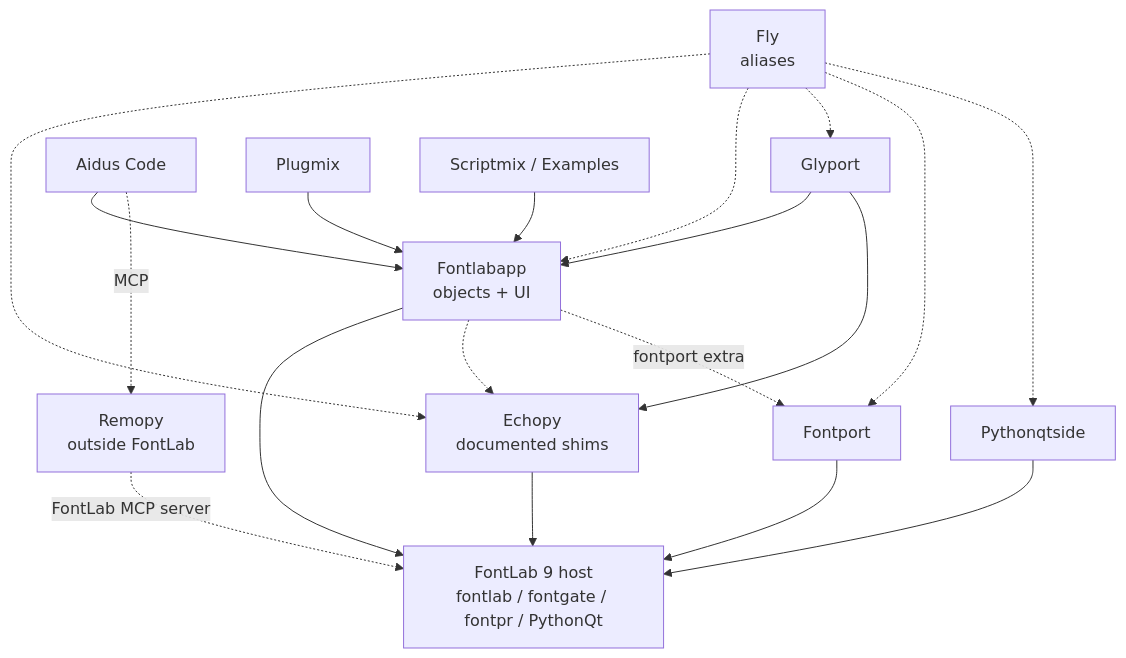
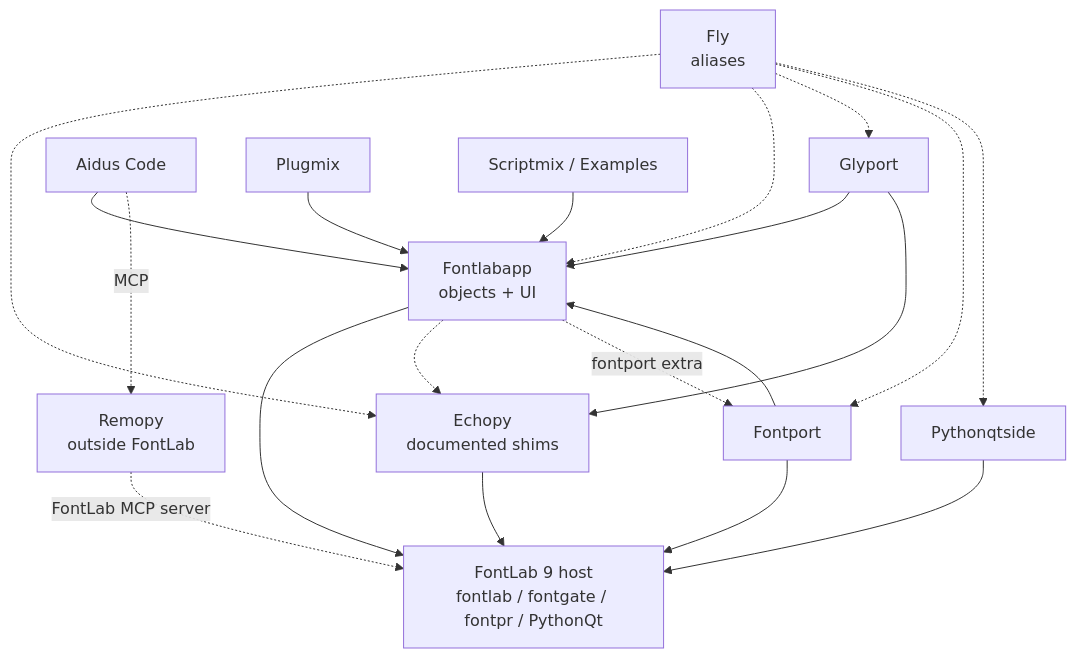
One commit to fontlabcom/fontlab-python-docs changed the diagram in src_docs/md/packages/ecosystem.md. Above: the diagram before and after it, drawn with Mermaid. The commit also changed other lines of this file and 10 other files, not shown here.

````diff
--- a/src_docs/md/packages/ecosystem.md
+++ b/src_docs/md/packages/ecosystem.md
@@ -29,33 +29,34 @@
 ```mermaid
 flowchart TD
     host["FontLab 9 host<br/>fontlab / fontgate / fontpr / PythonQt"]
     echopy["Echopy<br/>documented shims"]
     app["Fontlabapp<br/>objects + UI"]
     qside["Pythonqtside"]
     glyport["Glyport"]
     fontport["Fontport"]
     fly["Fly<br/>aliases"]
     aidus["Aidus Code"]
     plugmix["Plugmix"]
     scripts["Scriptmix / Examples"]
     remopy["Remopy<br/>outside FontLab"]
 
     echopy --> host
     app --> host
     qside --> host
     app -.-> echopy
     glyport --> app
     glyport --> echopy
     fontport --> host
+    fontport --> app
     app -.->|fontport extra| fontport
     plugmix --> app
     aidus --> app
     aidus -.->|MCP| remopy
     scripts --> app
     fly -.-> echopy
     fly -.-> app
     fly -.-> glyport
     fly -.-> fontport
     fly -.-> qside
     remopy -.->|FontLab MCP server| host
 ```
````
